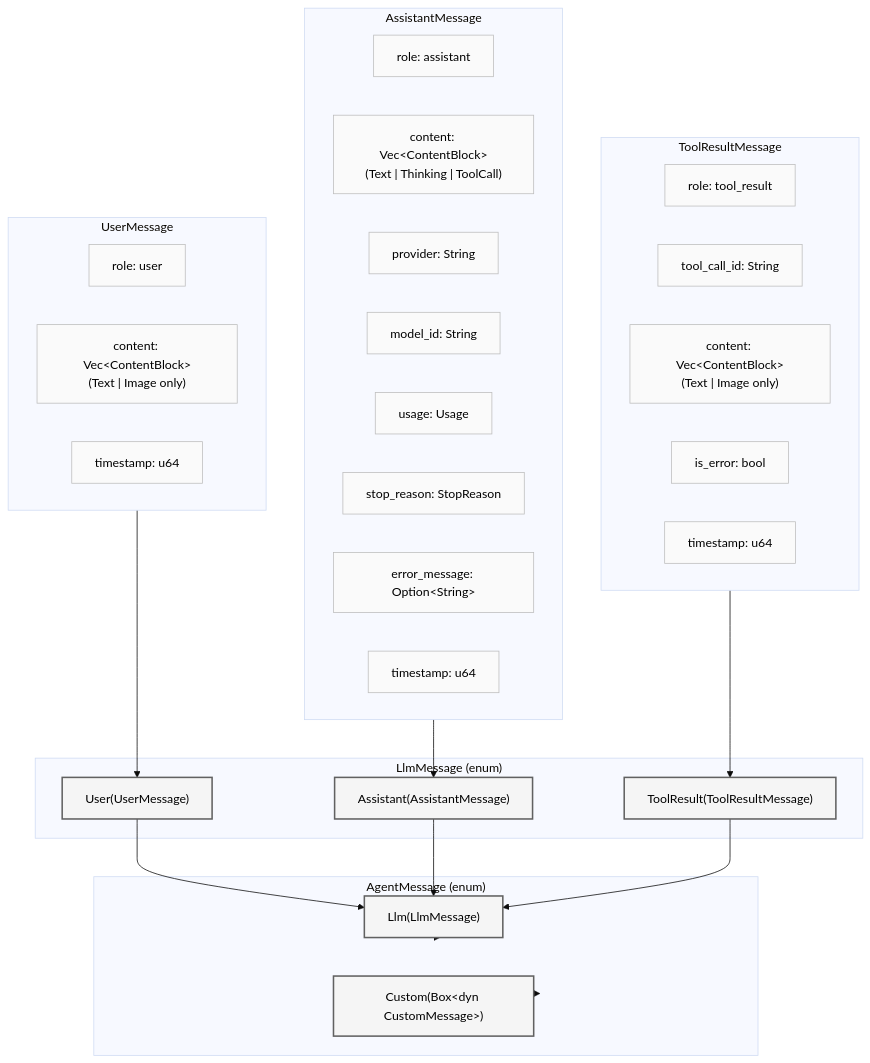
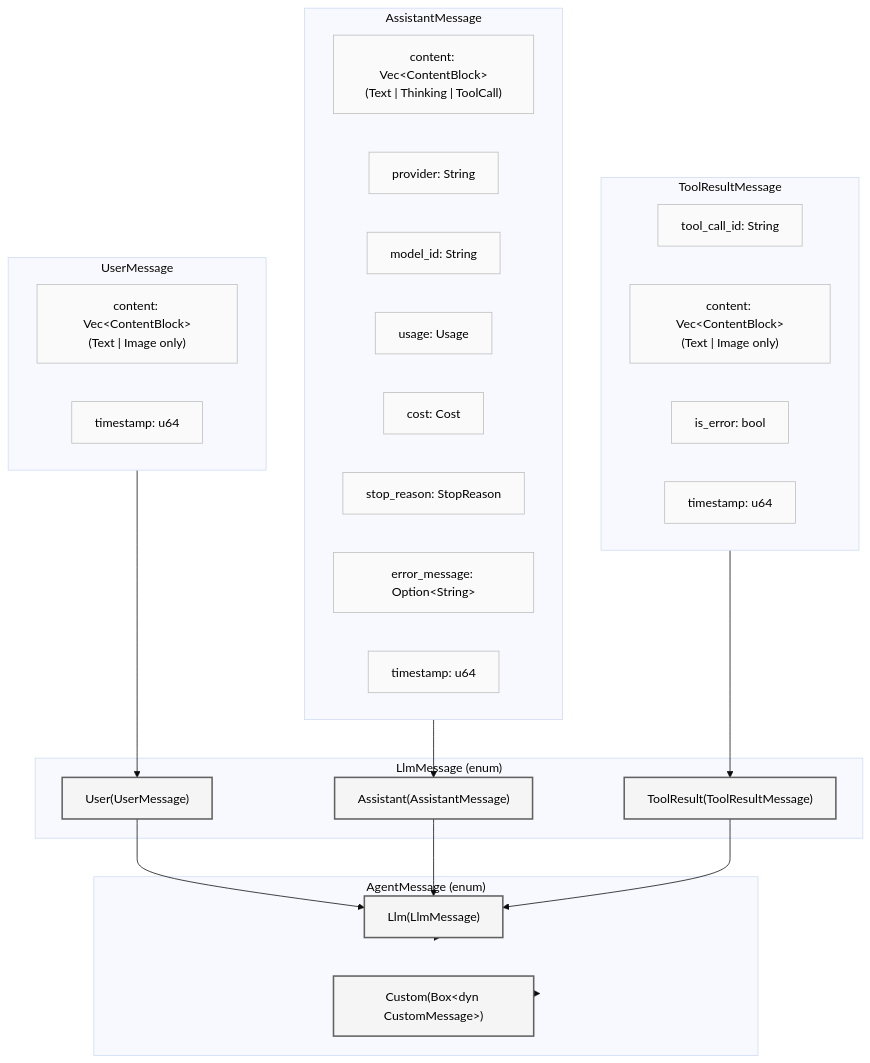
Before and after one commit to SuperSwinkAI/Swink-Agent: the second of 4 diagrams in docs/architecture/data-model/README.md, drawn with Mermaid (base theme). The commit also changed other lines of this file and 22 other files, not shown here.

````diff
--- a/docs/architecture/data-model/README.md
+++ b/docs/architecture/data-model/README.md
@@ -79,59 +80,57 @@
 ```mermaid
 flowchart TB
     subgraph UserMsg["UserMessage"]
-        UM_role["role: user"]
         UM_content["content: Vec&lt;ContentBlock&gt;<br/>(Text | Image only)"]
         UM_ts["timestamp: u64"]
     end
 
     subgraph AssistantMsg["AssistantMessage"]
-        AM_role["role: assistant"]
         AM_content["content: Vec&lt;ContentBlock&gt;<br/>(Text | Thinking | ToolCall)"]
         AM_provider["provider: String"]
         AM_model["model_id: String"]
         AM_usage["usage: Usage"]
+        AM_cost["cost: Cost"]
         AM_stop["stop_reason: StopReason"]
         AM_err["error_message: Option&lt;String&gt;"]
         AM_ts["timestamp: u64"]
     end
 
     subgraph ToolResultMsg["ToolResultMessage"]
-        TR_role["role: tool_result"]
         TR_id["tool_call_id: String"]
         TR_content["content: Vec&lt;ContentBlock&gt;<br/>(Text | Image only)"]
         TR_err["is_error: bool"]
         TR_ts["timestamp: u64"]
     end
 
     subgraph LlmMsg["LlmMessage (enum)"]
         LLM_user["User(UserMessage)"]
         LLM_asst["Assistant(AssistantMessage)"]
         LLM_tool["ToolResult(ToolResultMessage)"]
     end
 
     subgraph AgentMsg["AgentMessage (enum)"]
         AM_llm["Llm(LlmMessage)"]
         AM_custom["Custom(Box&lt;dyn CustomMessage&gt;)"]
     end
 
     UserMsg --> LLM_user
     AssistantMsg --> LLM_asst
     ToolResultMsg --> LLM_tool
     LLM_user --> AM_llm
     LLM_asst --> AM_llm
     LLM_tool --> AM_llm
     AM_llm --> AgentMsg
     AM_custom --> AgentMsg
 
     classDef userStyle fill:#e3f2fd,stroke:#1976d2,stroke-width:2px,color:#000
     classDef assistStyle fill:#1976d2,stroke:#0d47a1,stroke-width:2px,color:#fff
     classDef toolStyle fill:#ff9800,stroke:#e65100,stroke-width:2px,color:#000
     classDef enumStyle fill:#f5f5f5,stroke:#616161,stroke-width:2px,color:#000
     classDef fieldStyle fill:#fafafa,stroke:#bdbdbd,stroke-width:1px,color:#000
 
-    class UM_role,UM_content,UM_ts fieldStyle
-    class AM_role,AM_content,AM_provider,AM_model,AM_usage,AM_stop,AM_err,AM_ts fieldStyle
-    class TR_role,TR_id,TR_content,TR_err,TR_ts fieldStyle
+    class UM_content,UM_ts fieldStyle
+    class AM_content,AM_provider,AM_model,AM_usage,AM_cost,AM_stop,AM_err,AM_ts fieldStyle
+    class TR_id,TR_content,TR_err,TR_ts fieldStyle
     class LLM_user,LLM_asst,LLM_tool enumStyle
     class AM_llm,AM_custom enumStyle
 ```
````
